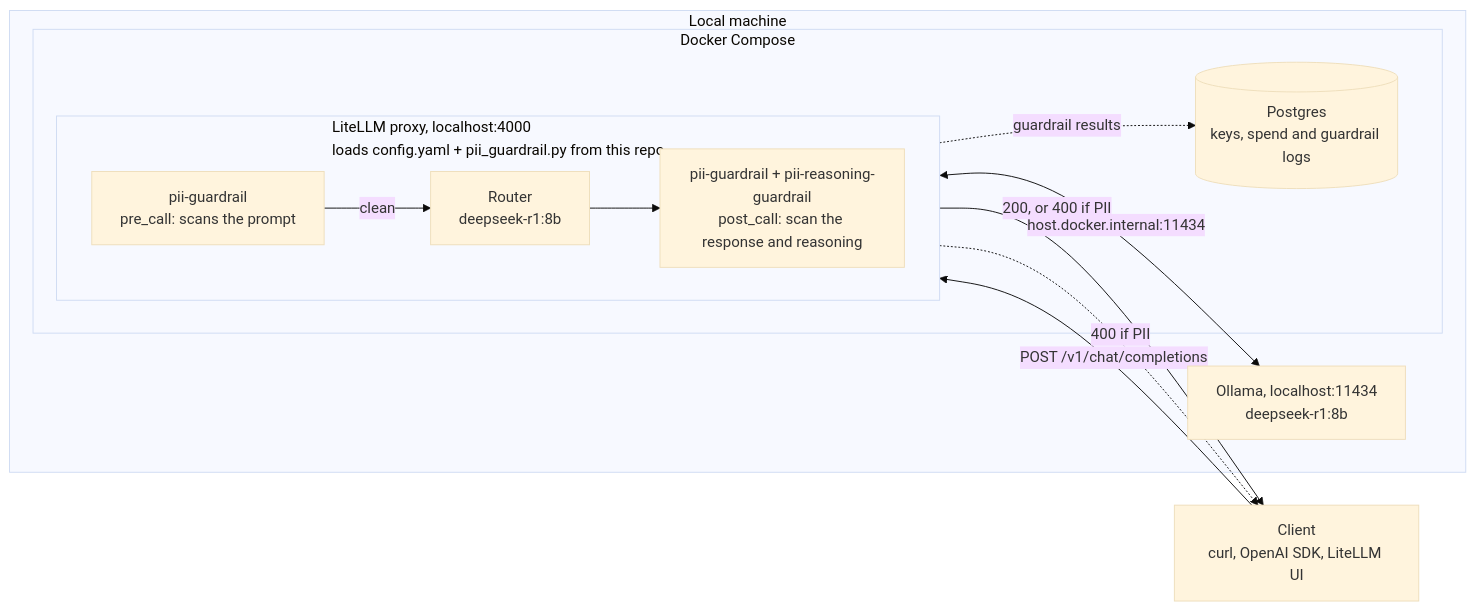
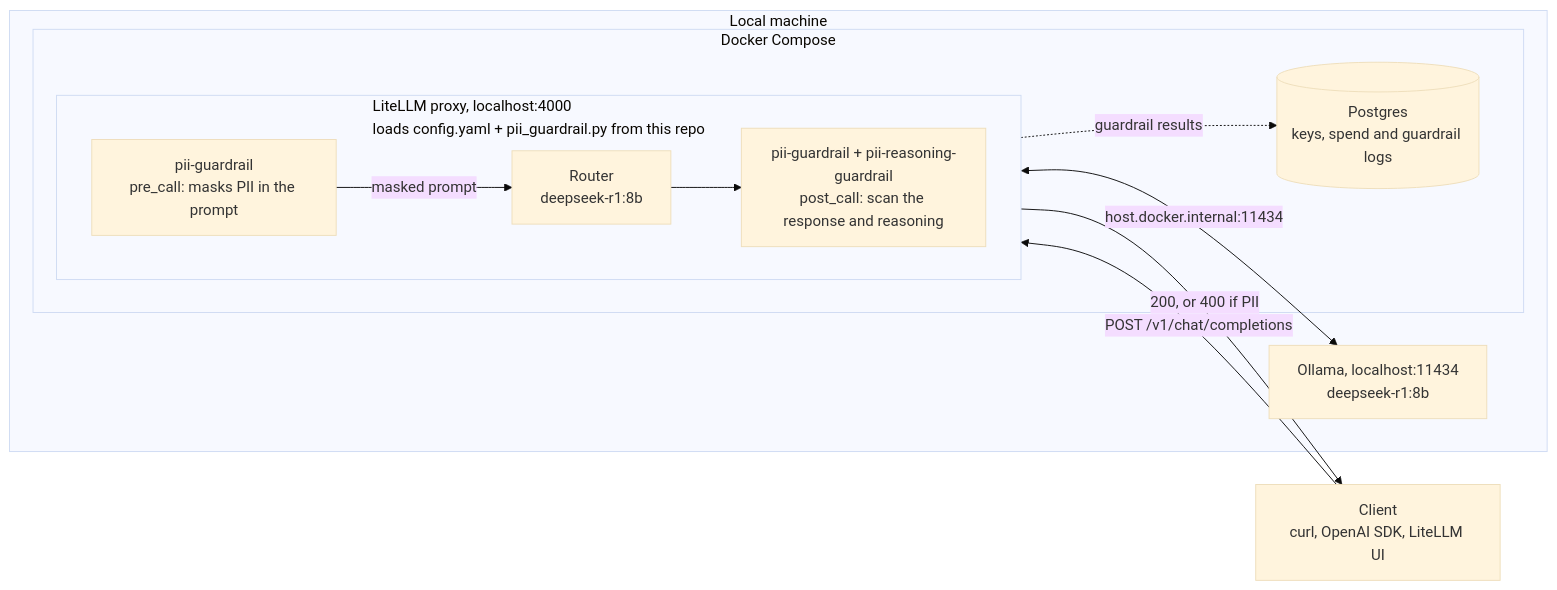
One commit to mshnjffr/litellm-guardrail changed the first of 2 diagrams in docs/implementation.md. Above: the diagram before and after it, drawn with Mermaid (base theme). The commit also changed other lines of this file and 3 other files, not shown here.

````diff
--- a/docs/implementation.md
+++ b/docs/implementation.md
@@ -12,25 +12,24 @@
 ```mermaid
 flowchart LR
     client["Client<br/>curl, OpenAI SDK, LiteLLM UI"]
 
     subgraph machine["Local machine"]
         subgraph compose["Docker Compose"]
             subgraph proxy["LiteLLM proxy, localhost:4000<br/>loads config.yaml + pii_guardrail.py from this repo"]
                 direction LR
-                pre["pii-guardrail<br/>pre_call: scans the prompt"]
+                pre["pii-guardrail<br/>pre_call: masks PII in the prompt"]
                 router["Router<br/>deepseek-r1:8b"]
                 post["pii-guardrail + pii-reasoning-guardrail<br/>post_call: scan the response and reasoning"]
-                pre -- clean --> router
+                pre -- masked prompt --> router
                 router --> post
             end
             db[("Postgres<br/>keys, spend and guardrail logs")]
         end
         ollama["Ollama, localhost:11434<br/>deepseek-r1:8b"]
     end
 
     client -- "POST /v1/chat/completions" --> pre
     router <-- "host.docker.internal:11434" --> ollama
     post -- "200, or 400 if PII" --> client
-    pre -. "400 if PII" .-> client
     proxy -. "guardrail results" .-> db
 ```
````
